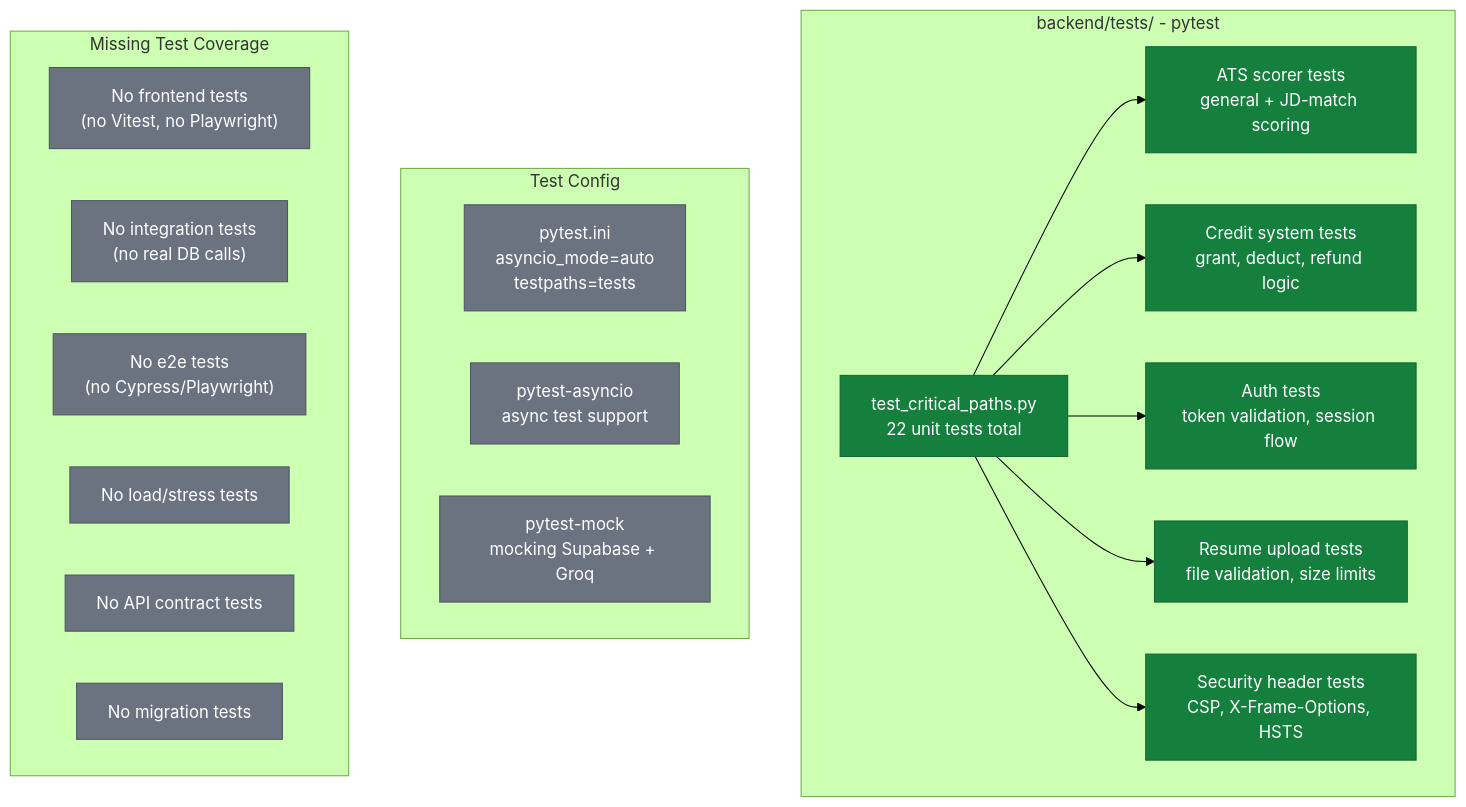
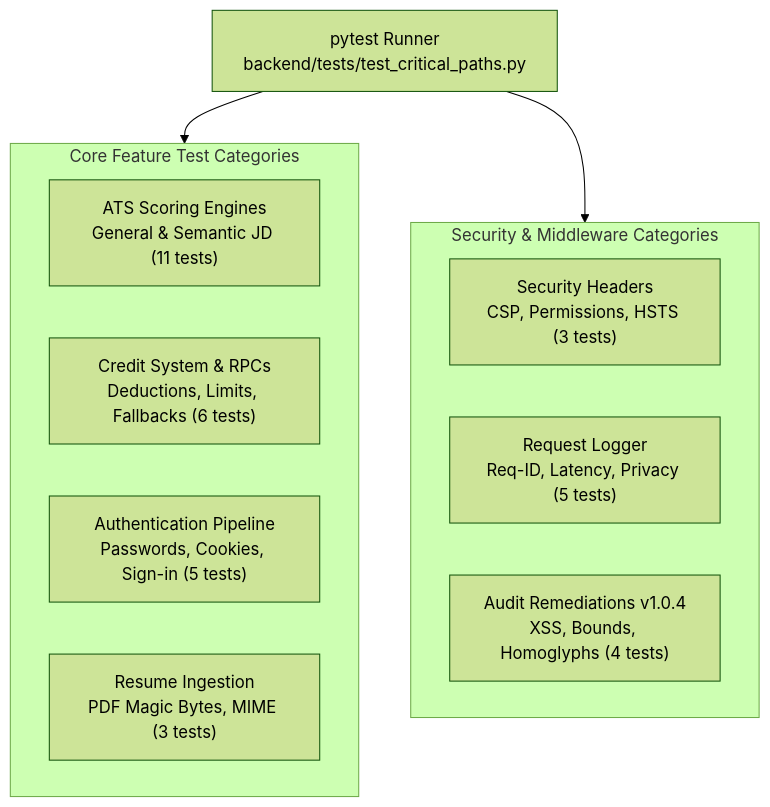
Before and after one commit to dhrv9023/prsnl: the diagram in docs/architecture/flowcharts/diagram_10_qa_tests.md, drawn with Mermaid (forest theme). The commit also changed other lines of this file and 20 other files, not shown here.

First line of the commit message:
docs(architecture): enhance flowcharts with visual schematics and synchronize docs with latest codebase

````diff
--- a/docs/architecture/flowcharts/diagram_10_qa_tests.md
+++ b/docs/architecture/flowcharts/diagram_10_qa_tests.md
@@ -7,37 +70,20 @@
 ```mermaid
-graph TD
-    classDef backend fill:#15803d,color:#fff,stroke:#166534
-    classDef config fill:#6b7280,color:#fff,stroke:#4b5563
+flowchart TD
+    RUNNER["pytest Runner<br/>backend/tests/test_critical_paths.py"]
 
-    subgraph TEST_SUITE["backend/tests/ - pytest"]
-        T1["test_critical_paths.py<br/>22 unit tests total"]
-        T2["ATS scorer tests<br/>general + JD-match scoring"]
-        T3["Credit system tests<br/>grant, deduct, refund logic"]
-        T4["Auth tests<br/>token validation, session flow"]
-        T5["Resume upload tests<br/>file validation, size limits"]
-        T6["Security header tests<br/>CSP, X-Frame-Options, HSTS"]
+    subgraph CORE_SUITE["Core Feature Test Categories"]
+        ATS["ATS Scoring Engines<br/>General & Semantic JD (11 tests)"]
+        CRED["Credit System & RPCs<br/>Deductions, Limits, Fallbacks (6 tests)"]
+        AUTH["Authentication Pipeline<br/>Passwords, Cookies, Sign-in (5 tests)"]
+        UPLOAD["Resume Ingestion<br/>PDF Magic Bytes, MIME (3 tests)"]
     end
 
-    subgraph TEST_CONFIG["Test Config"]
-        P1["pytest.ini<br/>asyncio_mode=auto<br/>testpaths=tests"]
-        P2["pytest-asyncio<br/>async test support"]
-        P3["pytest-mock<br/>mocking Supabase + Groq"]
+    subgraph SECURITY_SUITE["Security & Middleware Categories"]
+        HEADERS["Security Headers<br/>CSP, Permissions, HSTS (3 tests)"]
+        LOGGER["Request Logger<br/>Req-ID, Latency, Privacy (5 tests)"]
+        HARDENING["Audit Remediations v1.0.4<br/>XSS, Bounds, Homoglyphs (4 tests)"]
     end
 
-    subgraph GAPS[" Missing Test Coverage"]
-        G1["No frontend tests<br/>(no Vitest, no Playwright)"]
-        G2["No integration tests<br/>(no real DB calls)"]
-        G3["No e2e tests<br/>(no Cypress/Playwright)"]
-        G4["No load/stress tests"]
-        G5["No API contract tests"]
-        G6["No migration tests"]
-    end
-
-    T1 --> T2
-    T1 --> T3
-    T1 --> T4
-    T1 --> T5
-    T1 --> T6
-    class T1,T3,T6,T5,T2,T4 backend;
-    class G5,G3,G4,G6,G1,P2,P1,G2,P3 config;
+    RUNNER --> CORE_SUITE
+    RUNNER --> SECURITY_SUITE
 ```
````
